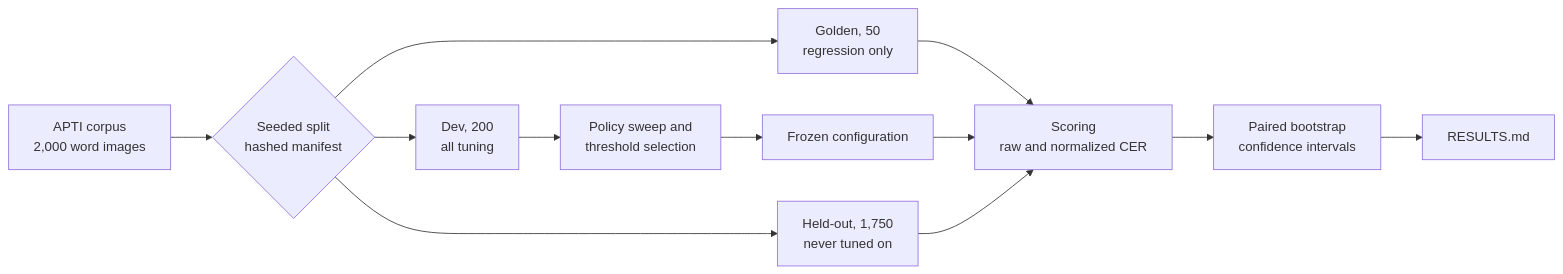
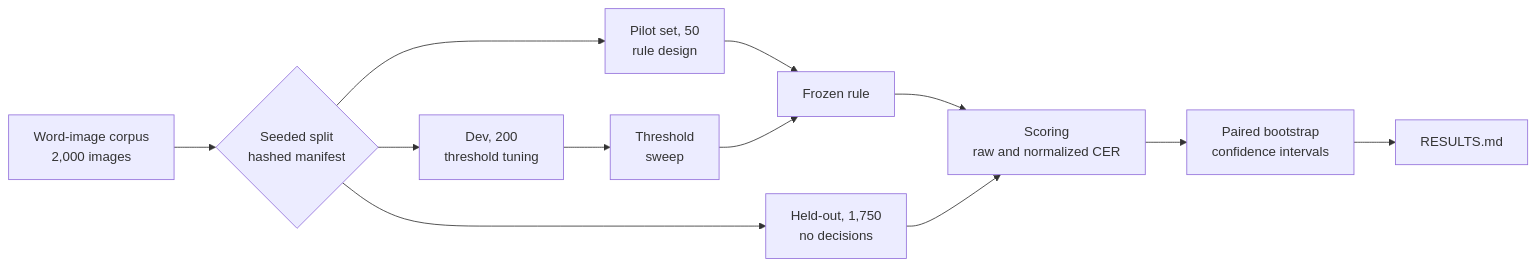
Before and after one commit to moelhaj996/mo-ocr-v3: the second of 2 diagrams in README.md, drawn with Mermaid. The commit also changed other lines of this file and 3 other files, not shown here.

First line of the commit message:
Correct data provenance and tuning description in the documents

````diff
--- a/README.md
+++ b/README.md
@@ -75,21 +83,21 @@
 ```mermaid
 flowchart LR
-    DATA["APTI corpus<br/>2,000 word images"] --> MAN{"Seeded split<br/>hashed manifest"}
+    DATA["Word-image corpus<br/>2,000 images"] --> MAN{"Seeded split<br/>hashed manifest"}
 
-    MAN --> GOLD["Golden, 50<br/>regression only"]
-    MAN --> DEV["Dev, 200<br/>all tuning"]
-    MAN --> HELD["Held-out, 1,750<br/>never tuned on"]
+    MAN --> GOLD["Pilot set, 50<br/>rule design"]
+    MAN --> DEV["Dev, 200<br/>threshold tuning"]
+    MAN --> HELD["Held-out, 1,750<br/>no decisions"]
 
-    DEV --> TUNE["Policy sweep and<br/>threshold selection"]
-    TUNE --> FROZEN["Frozen configuration"]
+    GOLD --> FROZEN["Frozen rule"]
+    DEV --> TUNE["Threshold<br/>sweep"]
+    TUNE --> FROZEN
 
-    GOLD --> SCORE["Scoring<br/>raw and normalized CER"]
-    FROZEN --> SCORE
+    FROZEN --> SCORE["Scoring<br/>raw and normalized CER"]
     HELD --> SCORE
 
     SCORE --> CI["Paired bootstrap<br/>confidence intervals"]
     CI --> RES["RESULTS.md"]
 
     classDef box fill:#ECECFF,stroke:#9370DB,stroke-width:1px,color:#333333;
     class DATA,MAN,GOLD,DEV,HELD,TUNE,FROZEN,SCORE,CI,RES box;
 ```
````
